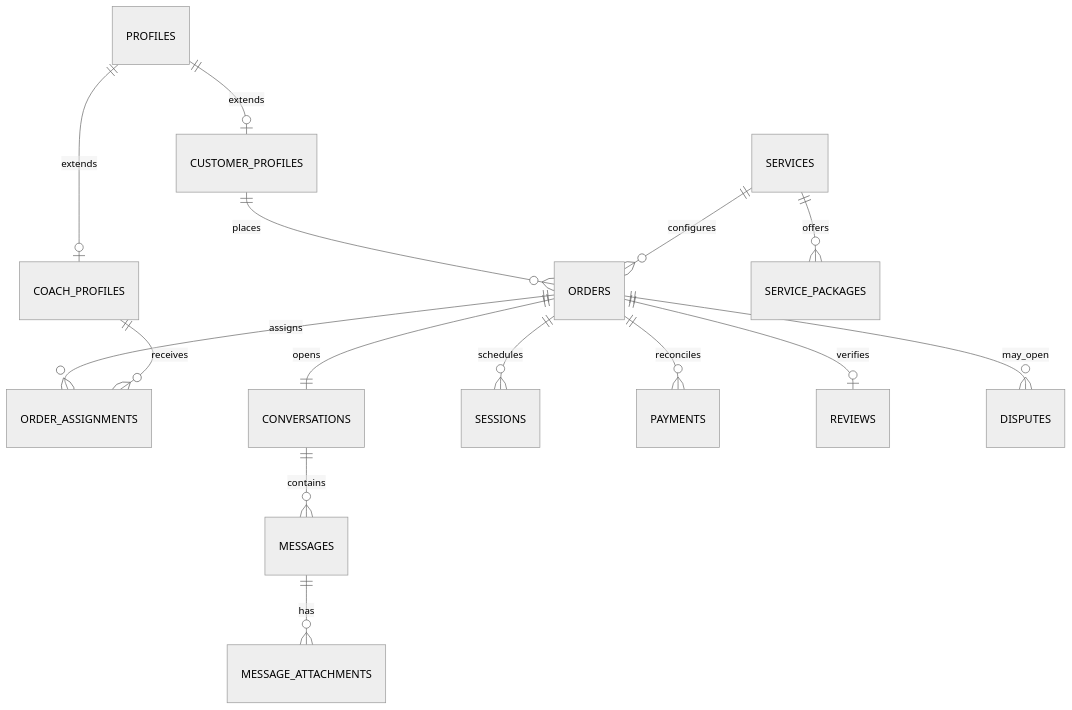
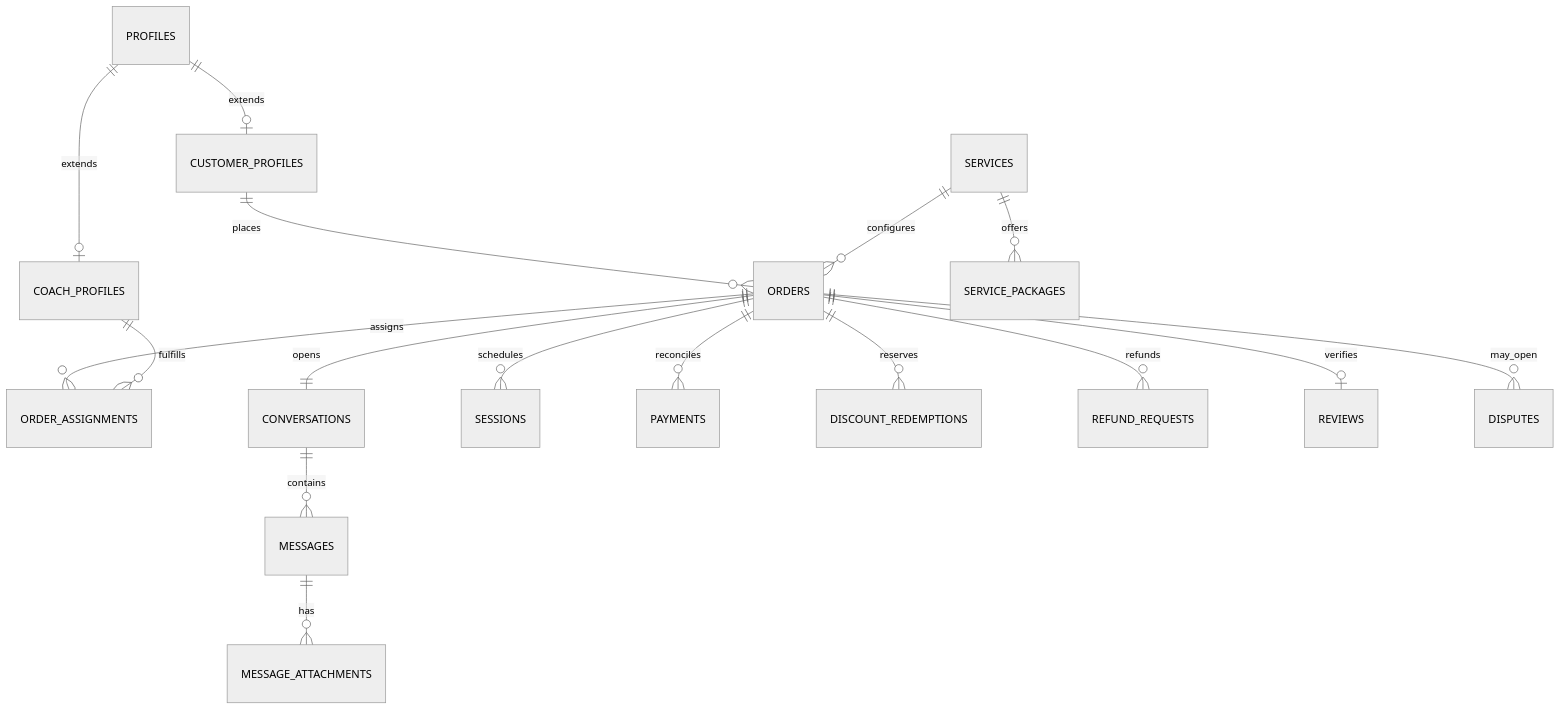
Before and after one commit to mohamadreza121/Dota2Boost: the diagram in docs/DATA_MODEL.md, drawn with Mermaid (neutral theme). The commit also changed other lines of this file and 82 other files, not shown here.

````diff
--- a/docs/DATA_MODEL.md
+++ b/docs/DATA_MODEL.md
@@ -5,17 +5,19 @@
 ```mermaid
 erDiagram
     PROFILES ||--o| CUSTOMER_PROFILES : extends
     PROFILES ||--o| COACH_PROFILES : extends
     CUSTOMER_PROFILES ||--o{ ORDERS : places
     SERVICES ||--o{ SERVICE_PACKAGES : offers
     SERVICES ||--o{ ORDERS : configures
     ORDERS ||--o{ ORDER_ASSIGNMENTS : assigns
-    COACH_PROFILES ||--o{ ORDER_ASSIGNMENTS : receives
+    COACH_PROFILES ||--o{ ORDER_ASSIGNMENTS : fulfills
     ORDERS ||--|| CONVERSATIONS : opens
     CONVERSATIONS ||--o{ MESSAGES : contains
     MESSAGES ||--o{ MESSAGE_ATTACHMENTS : has
     ORDERS ||--o{ SESSIONS : schedules
     ORDERS ||--o{ PAYMENTS : reconciles
+    ORDERS ||--o{ DISCOUNT_REDEMPTIONS : reserves
+    ORDERS ||--o{ REFUND_REQUESTS : refunds
     ORDERS ||--o| REVIEWS : verifies
     ORDERS ||--o{ DISPUTES : may_open
 ```
````
